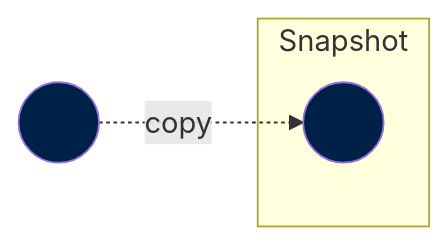
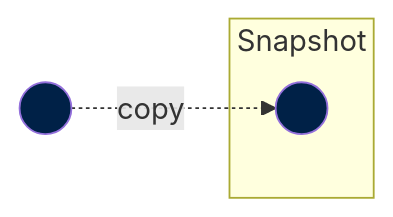
One commit to owid/etl changed the diagram in docs/architecture/design/phases.md. Above: the diagram before and after it, drawn with Mermaid. The commit also changed 11 other files, not shown here.

````diff
--- a/docs/architecture/design/phases.md
+++ b/docs/architecture/design/phases.md
@@ -26,10 +26,10 @@
 ```mermaid
 flowchart LR
 
-    upstream((____)):::node -.->|copy| snapshot((____)):::node
+    upstream((&nbsp;&nbsp;&nbsp;)):::node -.->|copy| snapshot((&nbsp;&nbsp;&nbsp;)):::node
     subgraph id [Snapshot]
     snapshot
     end
 
     classDef node fill:#002147,color:#002147
 ```
````
